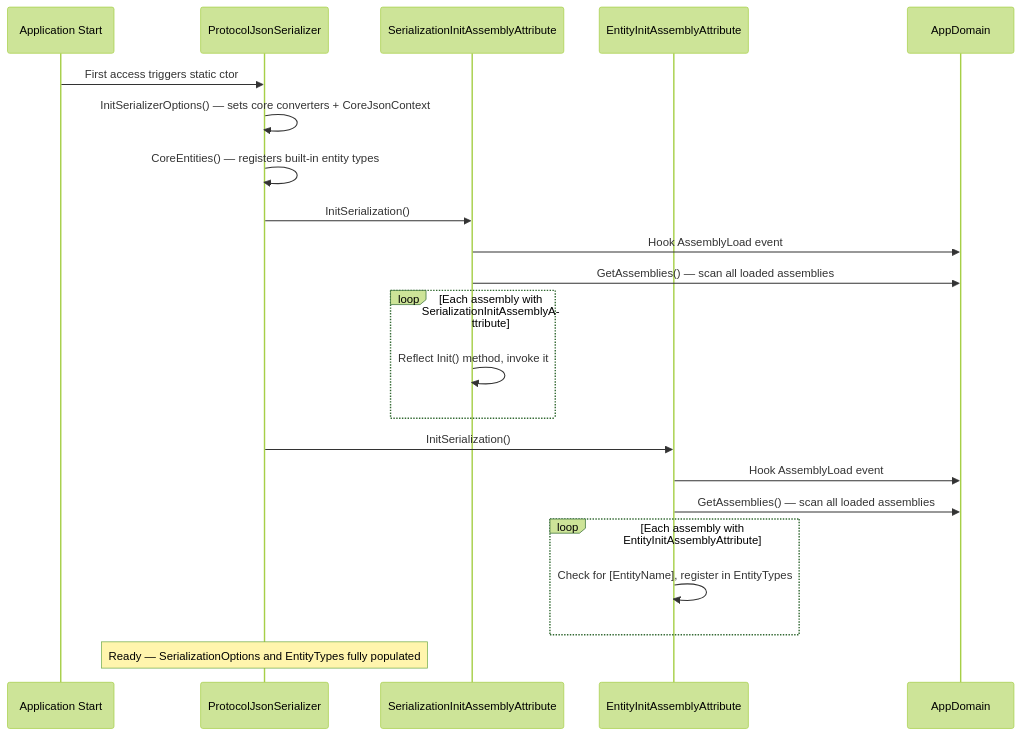
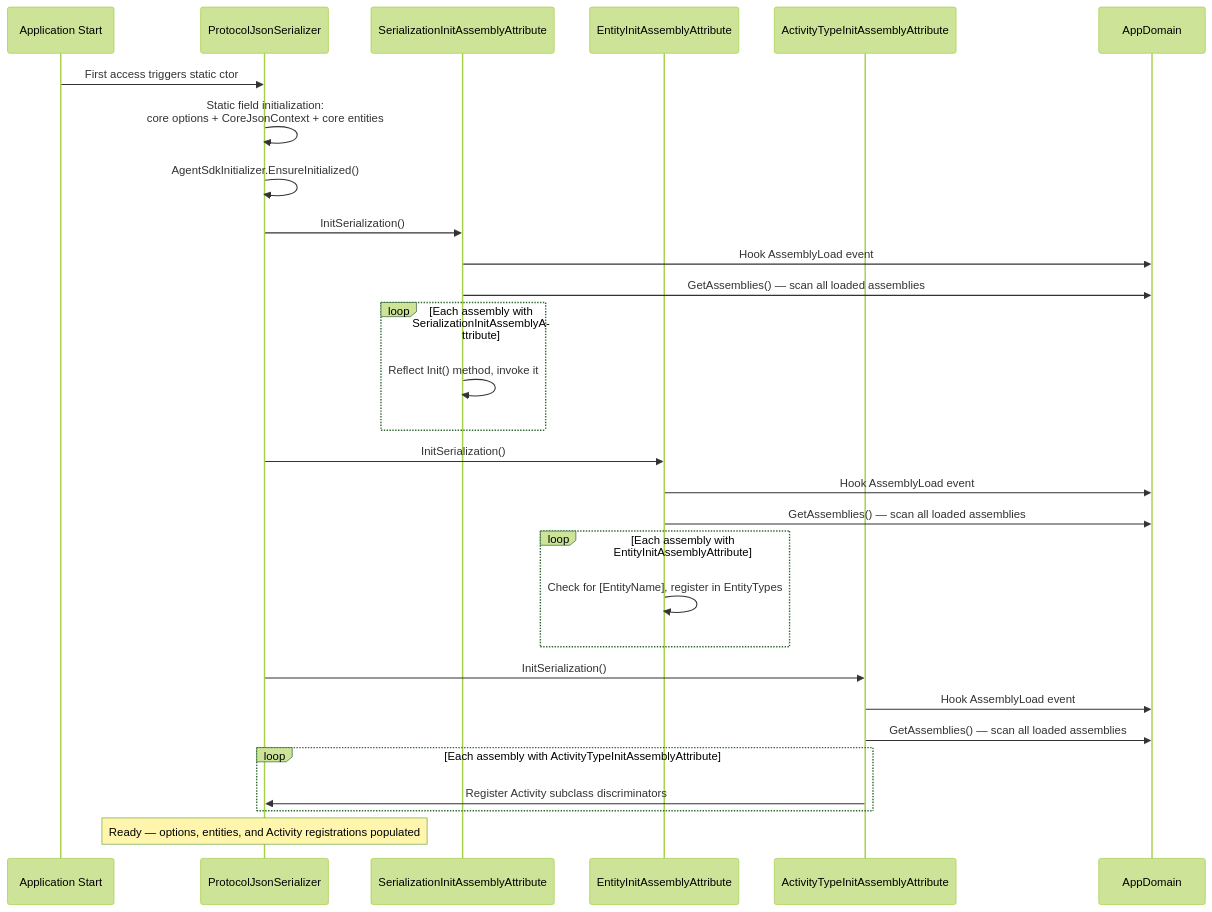
Before and after one commit to microsoft/Agents-for-net: the fourth of 4 diagrams in docs/serialization-extension-sequence-diagram.md, drawn with Mermaid (forest theme). The commit also changed other lines of this file and 11 other files, not shown here.

First line of the commit message:
docs: refresh architecture and sequence diagrams

````diff
--- a/docs/serialization-extension-sequence-diagram.md
+++ b/docs/serialization-extension-sequence-diagram.md
@@ -77,25 +107,32 @@
 ```mermaid
 sequenceDiagram
     participant App as Application Start
     participant PJS as ProtocolJsonSerializer
     participant SIA as SerializationInitAssemblyAttribute
     participant EIA as EntityInitAssemblyAttribute
+    participant AIA as ActivityTypeInitAssemblyAttribute
     participant AD as AppDomain
 
     App->>PJS: First access triggers static ctor
-    PJS->>PJS: InitSerializerOptions() — sets core converters + CoreJsonContext
-    PJS->>PJS: CoreEntities() — registers built-in entity types
+    PJS->>PJS: Static field initialization:<br/>core options + CoreJsonContext + core entities
+    PJS->>PJS: AgentSdkInitializer.EnsureInitialized()
     PJS->>SIA: InitSerialization()
     SIA->>AD: Hook AssemblyLoad event
     SIA->>AD: GetAssemblies() — scan all loaded assemblies
     loop Each assembly with SerializationInitAssemblyAttribute
         SIA->>SIA: Reflect Init() method, invoke it
     end
     PJS->>EIA: InitSerialization()
     EIA->>AD: Hook AssemblyLoad event
     EIA->>AD: GetAssemblies() — scan all loaded assemblies
     loop Each assembly with EntityInitAssemblyAttribute
         EIA->>EIA: Check for [EntityName], register in EntityTypes
     end
-    Note over PJS: Ready — SerializationOptions and EntityTypes fully populated
+    PJS->>AIA: InitSerialization()
+    AIA->>AD: Hook AssemblyLoad event
+    AIA->>AD: GetAssemblies() — scan all loaded assemblies
+    loop Each assembly with ActivityTypeInitAssemblyAttribute
+        AIA->>PJS: Register Activity subclass discriminators
+    end
+    Note over PJS: Ready — options, entities, and Activity registrations populated
 ```
````
